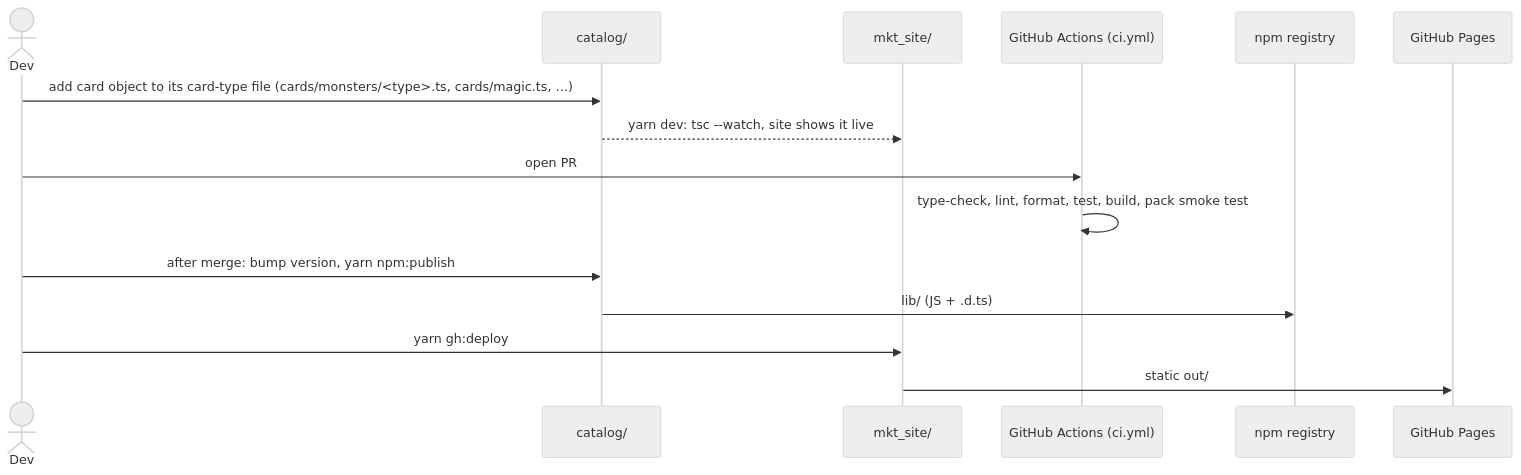
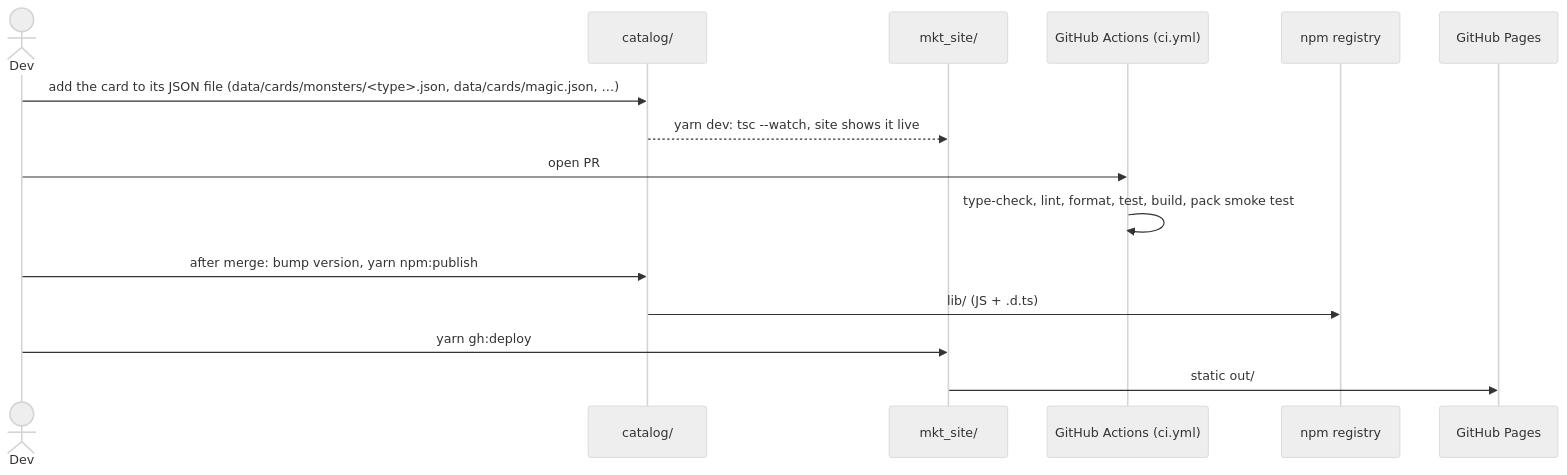
The fourth of 4 diagrams in docs/ARCHITECTURE.md (mhsalves/yugioh-fb-catalog), drawn with Mermaid (neutral theme) before and after one commit. The commit also changed other lines of this file and 8 other files, not shown here.

````diff
--- a/docs/ARCHITECTURE.md
+++ b/docs/ARCHITECTURE.md
@@ -244,17 +257,17 @@
 ```mermaid
 sequenceDiagram
     actor Dev
     participant Cat as catalog/
     participant Site as mkt_site/
     participant CI as GitHub Actions (ci.yml)
     participant NPM as npm registry
     participant GH as GitHub Pages
-    Dev->>Cat: add card object to its card-type file (cards/monsters/<type>.ts, cards/magic.ts, …)
+    Dev->>Cat: add the card to its JSON file (data/cards/monsters/<type>.json, data/cards/magic.json, …)
     Cat-->>Site: yarn dev: tsc --watch, site shows it live
     Dev->>CI: open PR
     CI->>CI: type-check, lint, format, test, build, pack smoke test
     Dev->>Cat: after merge: bump version, yarn npm:publish
     Cat->>NPM: lib/ (JS + .d.ts)
     Dev->>Site: yarn gh:deploy
     Site->>GH: static out/
 ```
````
